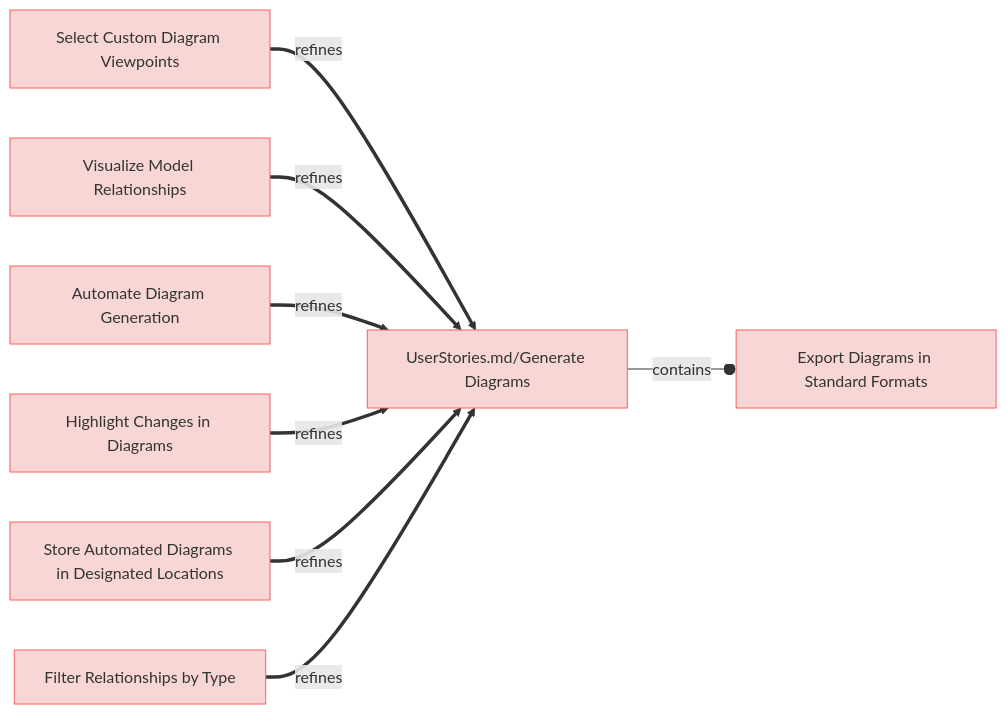
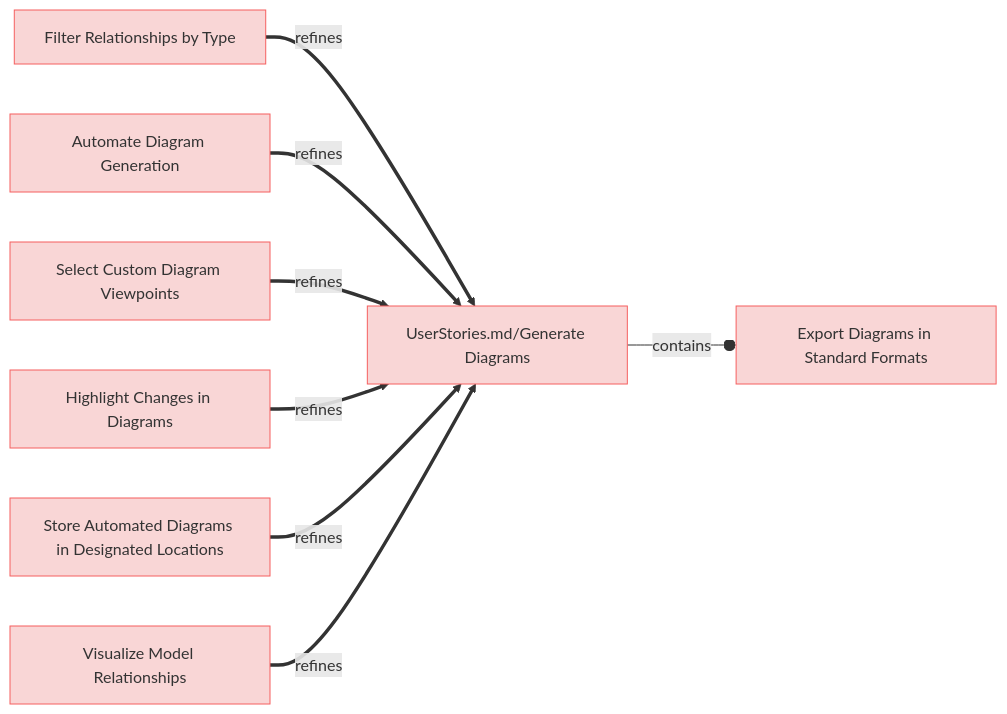
The second of 2 diagrams in specifications/UserRequirements.md (reqvire-org/reqvire), drawn with Mermaid before and after one commit. The commit also changed other lines of this file and 19 other files, not shown here.

````diff
--- a/specifications/UserRequirements.md
+++ b/specifications/UserRequirements.md
@@ -100,40 +100,40 @@
 ```mermaid
 graph LR;
   %% Graph styling
   classDef requirement fill:#f9d6d6,stroke:#f55f5f,stroke-width:1px;
   classDef verification fill:#d6f9d6,stroke:#5fd75f,stroke-width:1px;
   classDef externalLink fill:#d0e0ff,stroke:#3080ff,stroke-width:1px;
   classDef default fill:#f5f5f5,stroke:#333333,stroke-width:1px;
 
-  30053341d8["Select Custom Diagram Viewpoints"];
-  click 30053341d8 "UserRequirements.md#select-custom-diagram-viewpoints";
-  class 30053341d8 requirement;
+  30d97803eb["Filter Relationships by Type"];
+  click 30d97803eb "UserRequirements.md#filter-relationships-by-type";
+  class 30d97803eb requirement;
   cf0026c2fe["UserStories.md/Generate Diagrams"];
   class cf0026c2fe requirement;
   click cf0026c2fe "UserStories.md#generate-diagrams";
-  30053341d8 ==>|refines| cf0026c2fe;
-  a6a8362836["Visualize Model Relationships"];
-  click a6a8362836 "UserRequirements.md#visualize-model-relationships";
-  class a6a8362836 requirement;
-  a6a8362836 ==>|refines| cf0026c2fe;
+  30d97803eb ==>|refines| cf0026c2fe;
+  10c00a1bd1["Export Diagrams in Standard Formats"];
+  click 10c00a1bd1 "UserRequirements.md#export-diagrams-in-standard-formats";
+  class 10c00a1bd1 requirement;
+  cf0026c2fe --o|contains| 10c00a1bd1;
   81f9235ded["Automate Diagram Generation"];
   click 81f9235ded "UserRequirements.md#automate-diagram-generation";
   class 81f9235ded requirement;
   81f9235ded ==>|refines| cf0026c2fe;
+  30053341d8["Select Custom Diagram Viewpoints"];
+  click 30053341d8 "UserRequirements.md#select-custom-diagram-viewpoints";
+  class 30053341d8 requirement;
+  30053341d8 ==>|refines| cf0026c2fe;
   fd7388e379["Highlight Changes in Diagrams"];
   click fd7388e379 "UserRequirements.md#highlight-changes-in-diagrams";
   class fd7388e379 requirement;
   fd7388e379 ==>|refines| cf0026c2fe;
   aee397f35b["Store Automated Diagrams in Designated Locations"];
   click aee397f35b "UserRequirements.md#store-automated-diagrams-in-designated-locations";
   class aee397f35b requirement;
   aee397f35b ==>|refines| cf0026c2fe;
-  10c00a1bd1["Export Diagrams in Standard Formats"];
-  click 10c00a1bd1 "UserRequirements.md#export-diagrams-in-standard-formats";
-  class 10c00a1bd1 requirement;
-  cf0026c2fe --o|contains| 10c00a1bd1;
-  30d97803eb["Filter Relationships by Type"];
-  click 30d97803eb "UserRequirements.md#filter-relationships-by-type";
-  class 30d97803eb requirement;
-  30d97803eb ==>|refines| cf0026c2fe;
+  a6a8362836["Visualize Model Relationships"];
+  click a6a8362836 "UserRequirements.md#visualize-model-relationships";
+  class a6a8362836 requirement;
+  a6a8362836 ==>|refines| cf0026c2fe;
 ```
````
